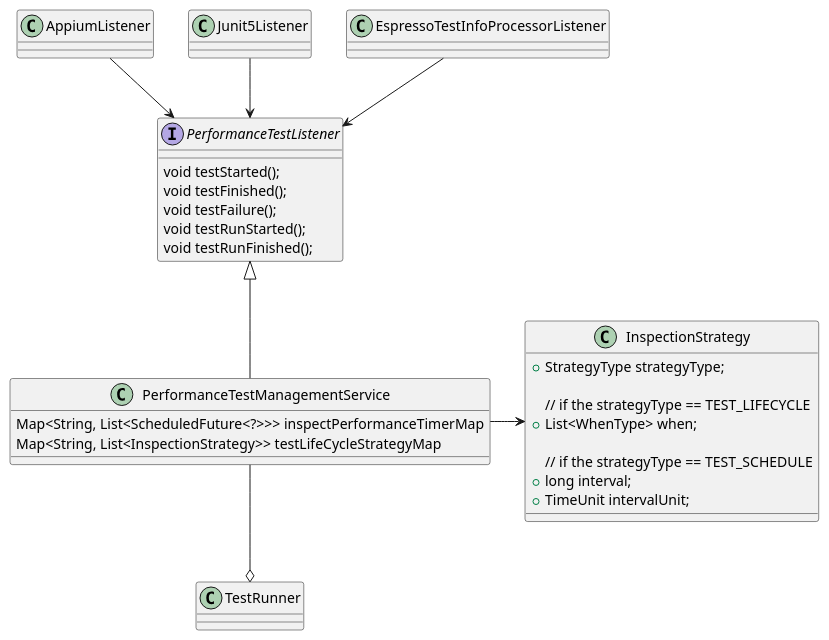
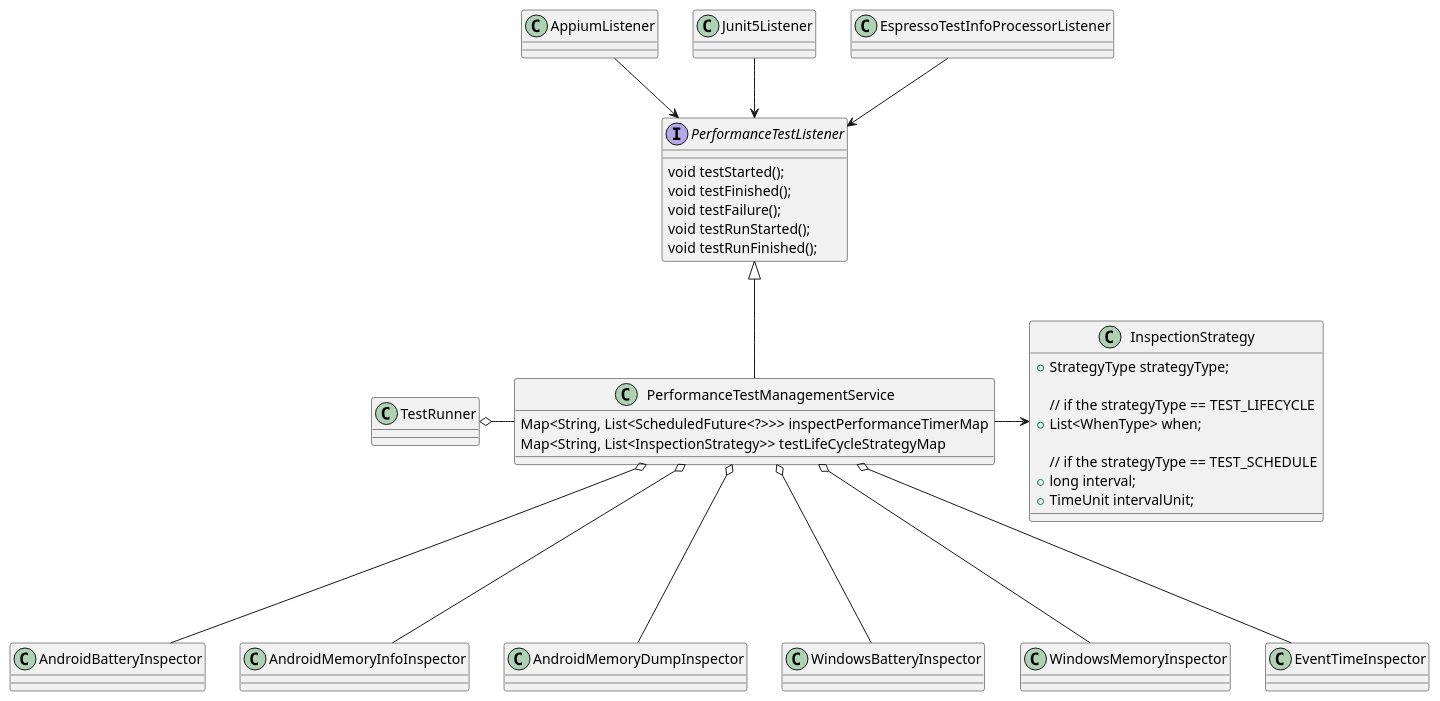
One commit to microsoft/HydraLab changed the third of 5 diagrams in agent/doc/UML/performance_test_design.puml. Above: the diagram before and after it, drawn with PlantUML. The commit also changed other lines of this file and 11 other files, not shown here.

```diff
--- a/agent/doc/UML/performance_test_design.puml
+++ b/agent/doc/UML/performance_test_design.puml
@@ -64,34 +86,41 @@
 @startuml perf_test_class_design
 class InspectionStrategy {
 
     + StrategyType strategyType;
 
     // if the strategyType == TEST_LIFECYCLE
     + List<WhenType> when;
 
     // if the strategyType == TEST_SCHEDULE
     + long interval;
     + TimeUnit intervalUnit;
 }
 
 interface PerformanceTestListener {
     void testStarted();
     void testFinished();
     void testFailure();
     void testRunStarted();
     void testRunFinished();
 }
 
 class PerformanceTestManagementService {
     Map<String, List<ScheduledFuture<?>>> inspectPerformanceTimerMap
     Map<String, List<InspectionStrategy>> testLifeCycleStrategyMap
 }
 
+AndroidBatteryInspector -up--o PerformanceTestManagementService
+AndroidMemoryInfoInspector -up--o PerformanceTestManagementService
+AndroidMemoryDumpInspector -up--o PerformanceTestManagementService
+WindowsBatteryInspector -up--o PerformanceTestManagementService
+WindowsMemoryInspector -up--o PerformanceTestManagementService
+EventTimeInspector -up--o PerformanceTestManagementService
+
 PerformanceTestManagementService -> InspectionStrategy
 PerformanceTestManagementService -u-|> PerformanceTestListener
 
-PerformanceTestManagementService -d-o TestRunner
+PerformanceTestManagementService -left-o TestRunner
 AppiumListener -d->  PerformanceTestListener
 Junit5Listener -d->  PerformanceTestListener
 EspressoTestInfoProcessorListener  -d->  PerformanceTestListener
 @enduml
```
